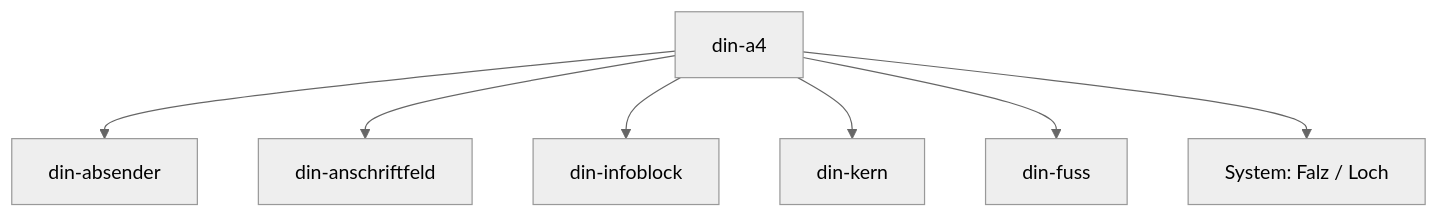
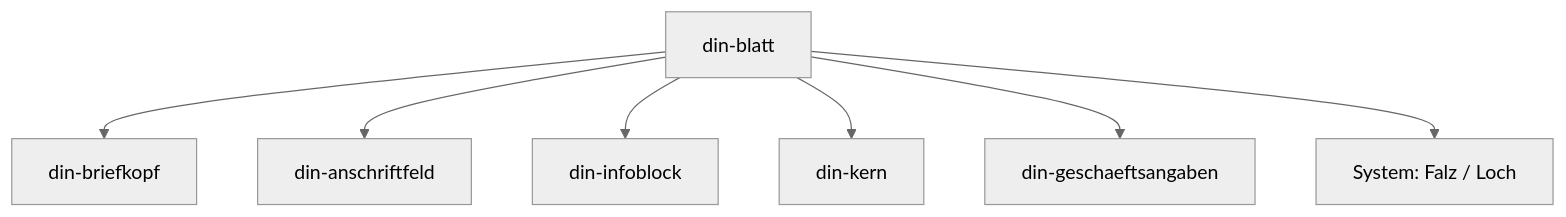
One commit to grapefruit89/DIN-BriefNEO changed the diagram in docs/10-architecture/IMR-Registry.md. Above: the diagram before and after it, drawn with Mermaid (neutral theme). The commit also changed other lines of this file and 20 other files, not shown here.

````diff
--- a/docs/10-architecture/IMR-Registry.md
+++ b/docs/10-architecture/IMR-Registry.md
@@ -197,10 +197,10 @@
 ```mermaid
 graph TD
-    R[din-a4]
-    R --> B[din-absender]
+    R[din-blatt]
+    R --> B[din-briefkopf]
     R --> C[din-anschriftfeld]
     R --> D[din-infoblock]
     R --> E[din-kern]
-    R --> F[din-fuss]
+    R --> F[din-geschaeftsangaben]
     R --> S[System: Falz / Loch]
 ```
````
